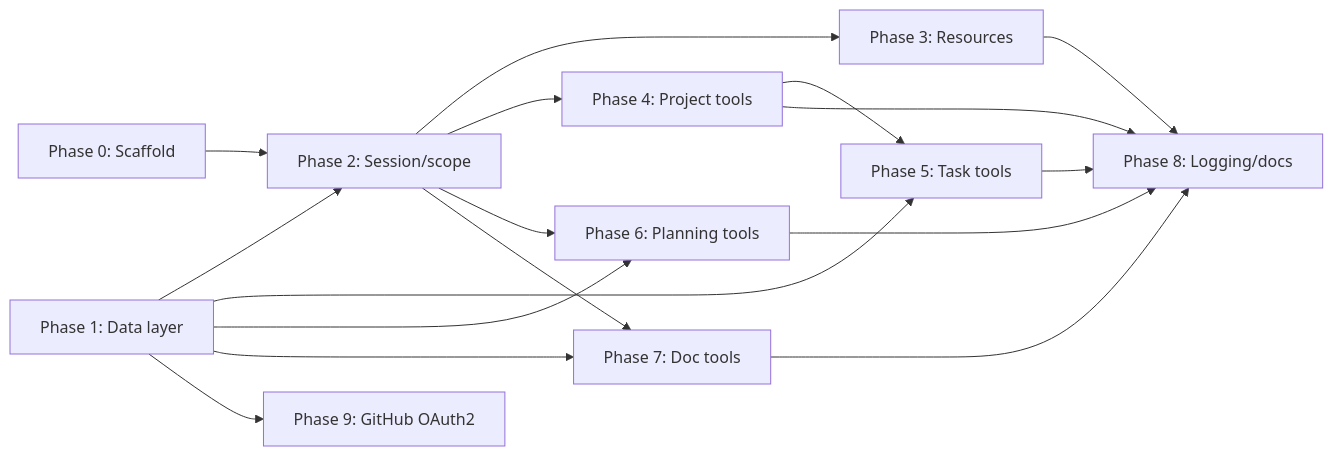
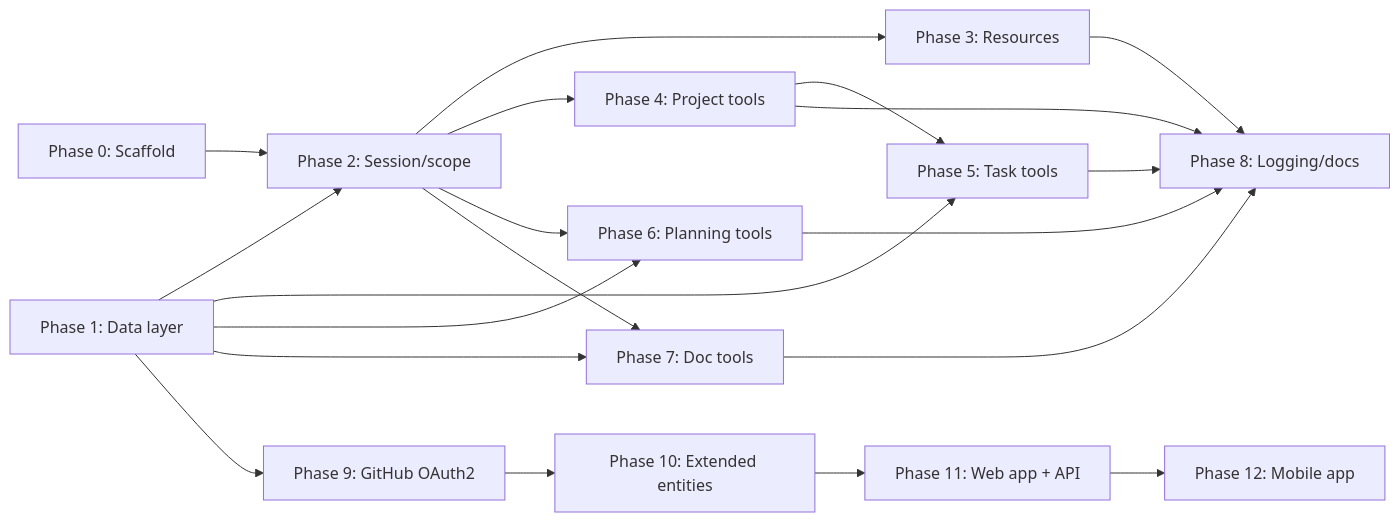
Before and after one commit to sharpninja/project-mcp: the diagram in docs/11-implementation-plan.md, drawn with Mermaid. The commit also changed other lines of this file and 17 other files, not shown here.

````diff
--- a/docs/11-implementation-plan.md
+++ b/docs/11-implementation-plan.md
@@ -370,30 +422,36 @@
 ```mermaid
 flowchart LR
   P0[Phase 0: Scaffold]
   P1[Phase 1: Data layer]
   P2[Phase 2: Session/scope]
   P3[Phase 3: Resources]
   P4[Phase 4: Project tools]
   P5[Phase 5: Task tools]
   P6[Phase 6: Planning tools]
   P7[Phase 7: Doc tools]
   P8[Phase 8: Logging/docs]
   P9[Phase 9: GitHub OAuth2]
+  P10[Phase 10: Extended entities]
+  P11[Phase 11: Web app + API]
+  P12[Phase 12: Mobile app]
 
   P0 --> P2
   P1 --> P2
   P2 --> P3
   P2 --> P4
   P4 --> P5
   P1 --> P5
   P1 --> P6
   P2 --> P6
   P1 --> P7
   P2 --> P7
   P3 --> P8
   P4 --> P8
   P5 --> P8
   P6 --> P8
   P7 --> P8
   P1 --> P9
+  P9 --> P10
+  P10 --> P11
+  P11 --> P12
 ```
````
